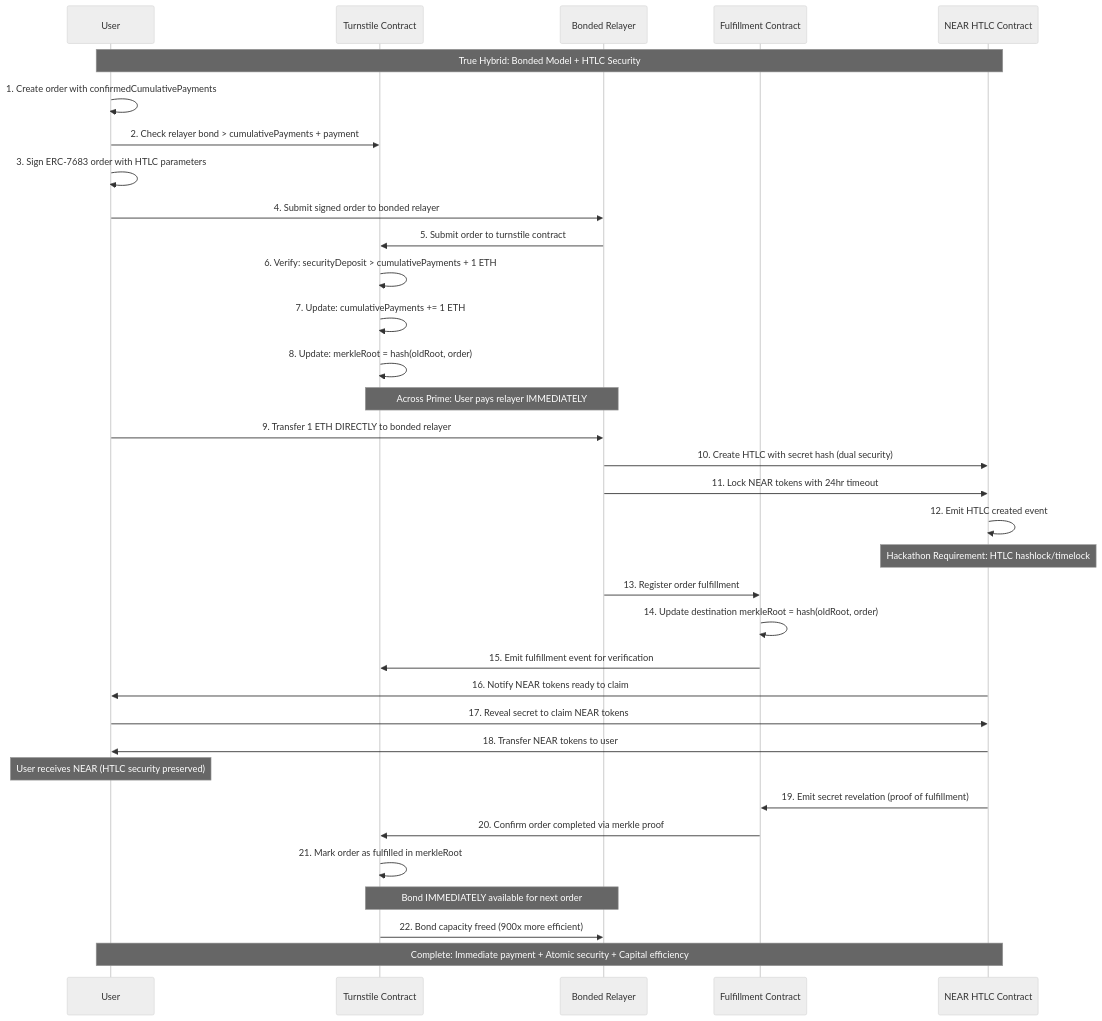
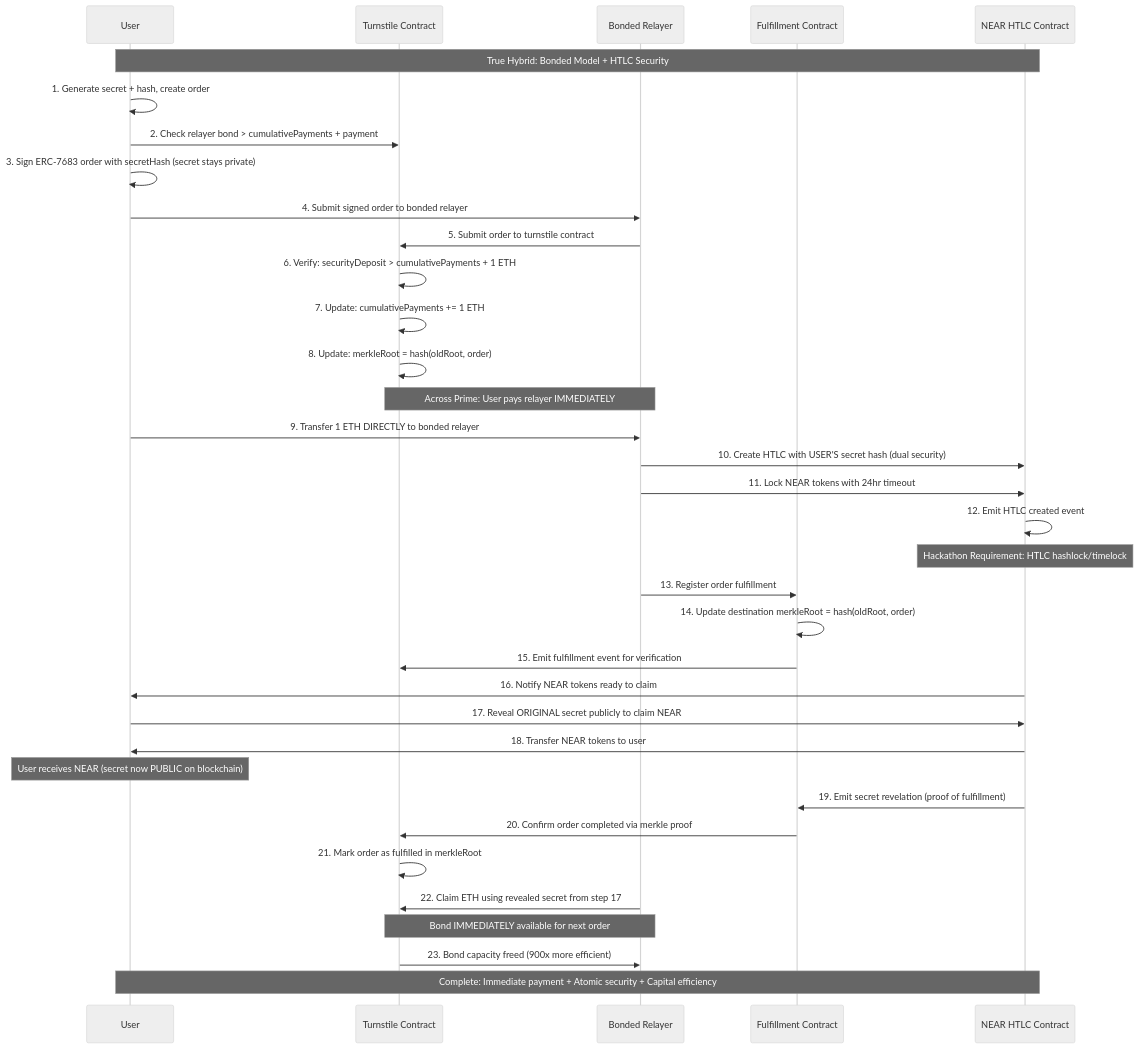
Before and after one commit to 0xYudhishthra/1prime: the diagram in docs/PRD.md, drawn with Mermaid (neutral theme). The commit also changed other lines of this file, not shown here.

Commit message:
docs: update PRD to clarify user flow and enhance security details for relayer verification and partial fills

````diff
--- a/docs/PRD.md
+++ b/docs/PRD.md
@@ -71,54 +71,55 @@
 ```mermaid
 sequenceDiagram
     participant User as User
     participant TC as Turnstile Contract
     participant BR as Bonded Relayer
     participant FC as Fulfillment Contract
     participant NHC as NEAR HTLC Contract
 
     Note over User, NHC: True Hybrid: Bonded Model + HTLC Security
 
     %% Phase 1: Bond Verification & Order Submission
-    User->>User: 1. Create order with confirmedCumulativePayments
+    User->>User: 1. Generate secret + hash, create order
     User->>TC: 2. Check relayer bond > cumulativePayments + payment
-    User->>User: 3. Sign ERC-7683 order with HTLC parameters
+    User->>User: 3. Sign ERC-7683 order with secretHash (secret stays private)
 
     %% Phase 2: Immediate Payment (Across Prime Innovation)
     User->>BR: 4. Submit signed order to bonded relayer
     BR->>TC: 5. Submit order to turnstile contract
     TC->>TC: 6. Verify: securityDeposit > cumulativePayments + 1 ETH
     TC->>TC: 7. Update: cumulativePayments += 1 ETH
     TC->>TC: 8. Update: merkleRoot = hash(oldRoot, order)
 
     Note over TC, BR: Across Prime: User pays relayer IMMEDIATELY
     User->>BR: 9. Transfer 1 ETH DIRECTLY to bonded relayer
 
     %% Phase 3: HTLC Creation (Atomic Security Layer)
-    BR->>NHC: 10. Create HTLC with secret hash (dual security)
+    BR->>NHC: 10. Create HTLC with USER'S secret hash (dual security)
     BR->>NHC: 11. Lock NEAR tokens with 24hr timeout
     NHC->>NHC: 12. Emit HTLC created event
 
     Note over NHC: Hackathon Requirement: HTLC hashlock/timelock
 
     %% Phase 4: Fulfillment Tracking
     BR->>FC: 13. Register order fulfillment
     FC->>FC: 14. Update destination merkleRoot = hash(oldRoot, order)
     FC->>TC: 15. Emit fulfillment event for verification
 
     %% Phase 5: User Claims (Atomic Security)
     NHC->>User: 16. Notify NEAR tokens ready to claim
-    User->>NHC: 17. Reveal secret to claim NEAR tokens
+    User->>NHC: 17. Reveal ORIGINAL secret publicly to claim NEAR
     NHC->>User: 18. Transfer NEAR tokens to user
 
-    Note over User: User receives NEAR (HTLC security preserved)
+    Note over User: User receives NEAR (secret now PUBLIC on blockchain)
 
     %% Phase 6: Capital Efficiency Realized
     NHC->>FC: 19. Emit secret revelation (proof of fulfillment)
     FC->>TC: 20. Confirm order completed via merkle proof
     TC->>TC: 21. Mark order as fulfilled in merkleRoot
+    BR->>TC: 22. Claim ETH using revealed secret from step 17
 
     Note over TC, BR: Bond IMMEDIATELY available for next order
-    TC->>BR: 22. Bond capacity freed (900x more efficient)
+    TC->>BR: 23. Bond capacity freed (900x more efficient)
 
     Note over User, NHC: Complete: Immediate payment + Atomic security + Capital efficiency
 ```
````
